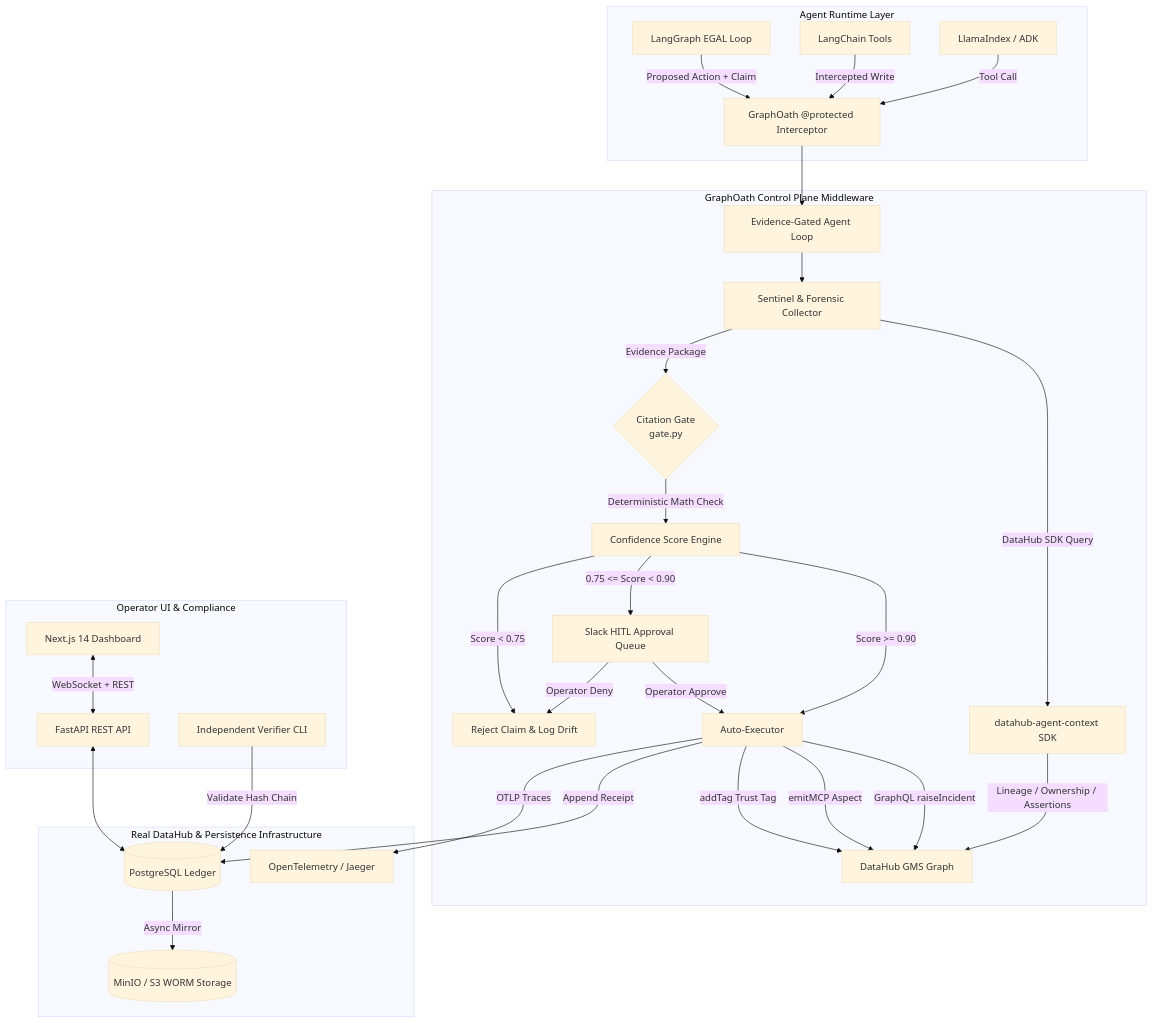
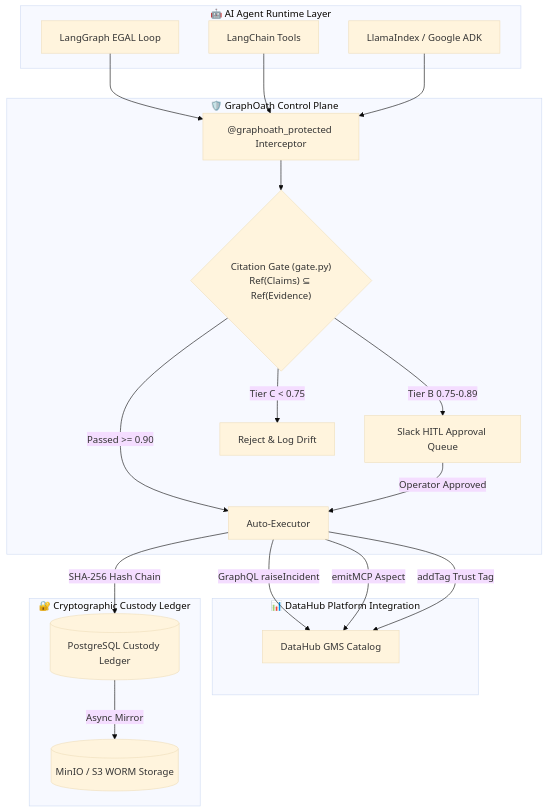
One commit to lx-singw/graphoath changed the diagram in README.md. Above: the diagram before and after it, drawn with Mermaid (base theme). The commit also changed other lines of this file, not shown here.

Commit message:
fix(docs): add missing codeblock fence for ASCII diagram and streamline Mermaid layout

````diff
--- a/README.md
+++ b/README.md
@@ -23,42 +23,28 @@
 ```mermaid
 graph TD
-    subgraph Agent Runtime Layer
-        A1[LangGraph EGAL Loop] -->|Proposed Action + Claim| Interceptor
-        A2[LangChain Tools] -->|Intercepted Write| Interceptor
-        A3[LlamaIndex / ADK] -->|Tool Call| Interceptor
+    subgraph Agents["🤖 AI Agent Runtime Layer"]
+        A1[LangGraph EGAL Loop]
+        A2[LangChain Tools]
+        A3[LlamaIndex / Google ADK]
     end
 
-    subgraph GraphOath Control Plane Middleware
-        Interceptor[GraphOath @protected Interceptor] --> EGAL[Evidence-Gated Agent Loop]
-        EGAL --> SG[Sentinel & Forensic Collector]
-        SG -->|DataHub SDK Query| DH_SDK[datahub-agent-context SDK]
-        DH_SDK -->|Lineage / Ownership / Assertions| GMS[DataHub GMS Graph]
-        
-        SG -->|Evidence Package| Gate{Citation Gate<br/>gate.py}
-        Gate -->|Deterministic Math Check| Score[Confidence Score Engine]
-        
-        Score -->|Score >= 0.90| AutoExec[Auto-Executor]
-        Score -->|0.75 <= Score < 0.90| HITL[Slack HITL Approval Queue]
-        Score -->|Score < 0.75| Reject[Reject Claim & Log Drift]
-
-        HITL -->|Operator Approve| AutoExec
-        HITL -->|Operator Deny| Reject
+    subgraph Core["🛡️ GraphOath Control Plane"]
+        A1 & A2 & A3 --> Interceptor["@graphoath_protected Interceptor"]
+        Interceptor --> Gate{"Citation Gate (gate.py)<br/>Ref(Claims) ⊆ Ref(Evidence)"}
+        Gate -->|Passed >= 0.90| AutoExec["Auto-Executor"]
+        Gate -->|Tier B 0.75-0.89| HITL["Slack HITL Approval Queue"]
+        Gate -->|Tier C < 0.75| Reject["Reject & Log Drift"]
+        HITL -->|Operator Approved| AutoExec
     end
 
-    subgraph Real DataHub & Persistence Infrastructure
-        AutoExec -->|GraphQL raiseIncident| GMS
+    subgraph DataHub["📊 DataHub Platform Integration"]
+        AutoExec -->|GraphQL raiseIncident| GMS["DataHub GMS Catalog"]
         AutoExec -->|emitMCP Aspect| GMS
         AutoExec -->|addTag Trust Tag| GMS
-        
-        AutoExec -->|Append Receipt| LedgerDB[(PostgreSQL Ledger)]
-        LedgerDB -->|Async Mirror| MinIO[(MinIO / S3 WORM Storage)]
-        
-        AutoExec -->|OTLP Traces| OTel[OpenTelemetry / Jaeger]
     end
 
-    subgraph Operator UI & Compliance
-        Dashboard[Next.js 14 Dashboard] <-->|WebSocket + REST| Webhooks[FastAPI REST API]
-        Webhooks <--> LedgerDB
-        Auditor[Independent Verifier CLI] -->|Validate Hash Chain| LedgerDB
+    subgraph Audit["🔐 Cryptographic Custody Ledger"]
+        AutoExec -->|SHA-256 Hash Chain| LedgerDB[("PostgreSQL Custody Ledger")]
+        LedgerDB -->|Async Mirror| MinIO[("MinIO / S3 WORM Storage")]
     end
 ```
````
